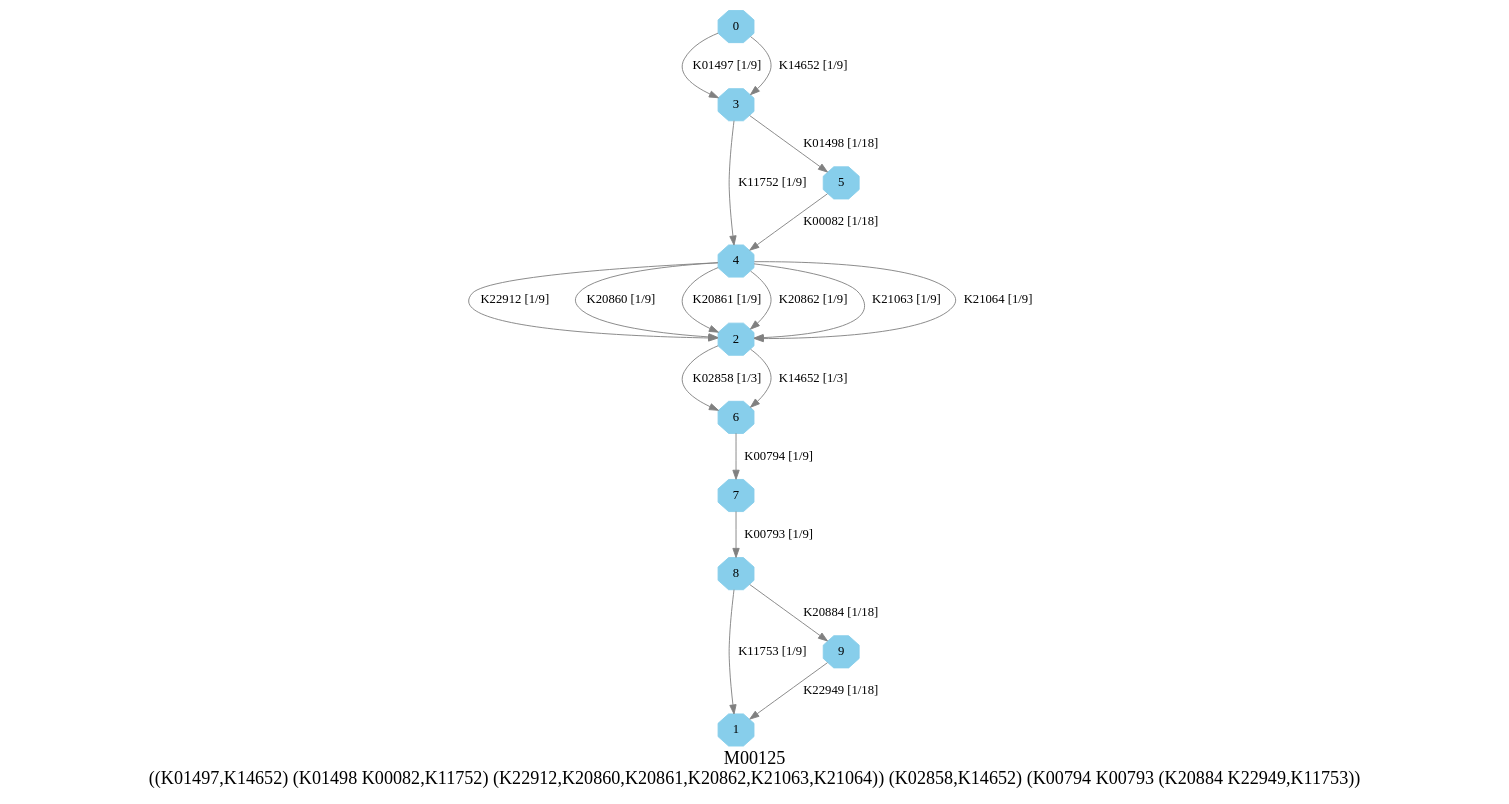
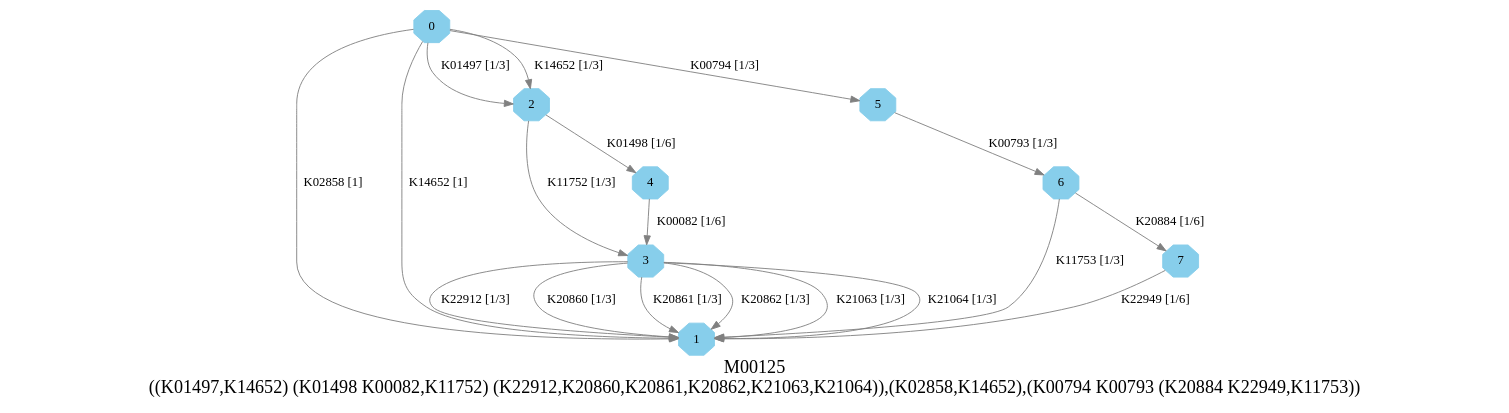
The diagram in graphs/dots/M00125.dot (EBI-Metagenomics/kegg-pathways-completeness-tool), drawn with Graphviz before and after one commit. The commit also changed 45 other files, not shown here.

```diff
--- a/graphs/dots/M00125.dot
+++ b/graphs/dots/M00125.dot
@@ -1,25 +1,25 @@
 digraph G {
 graph [label="M00125
-((K01497,K14652) (K01498 K00082,K11752) (K22912,K20860,K20861,K20862,K21063,K21064)) (K02858,K14652) (K00794 K00793 (K20884 K22949,K11753))",fontsize=20];
+((K01497,K14652) (K01498 K00082,K11752) (K22912,K20860,K20861,K20862,K21063,K21064)),(K02858,K14652),(K00794 K00793 (K20884 K22949,K11753))",fontsize=20];
 node [shape=box,style=filled];
 edge [len=3,color=grey];
-{node [width=.3,height=.3,shape=octagon,style=filled,color=skyblue] 0 1 2 3 4 5 6 7 8 9 }
-0 -> 3 [label="K01497 [1/9]"];
-0 -> 3 [label="K14652 [1/9]"];
-2 -> 6 [label="K02858 [1/3]"];
-2 -> 6 [label="K14652 [1/3]"];
-3 -> 5 [label="K01498 [1/18]"];
-3 -> 4 [label="K11752 [1/9]"];
-4 -> 2 [label="K22912 [1/9]"];
-4 -> 2 [label="K20860 [1/9]"];
-4 -> 2 [label="K20861 [1/9]"];
-4 -> 2 [label="K20862 [1/9]"];
-4 -> 2 [label="K21063 [1/9]"];
-4 -> 2 [label="K21064 [1/9]"];
-5 -> 4 [label="K00082 [1/18]"];
-6 -> 7 [label="K00794 [1/9]"];
-7 -> 8 [label="K00793 [1/9]"];
-8 -> 9 [label="K20884 [1/18]"];
-8 -> 1 [label="K11753 [1/9]"];
-9 -> 1 [label="K22949 [1/18]"];
+{node [width=.3,height=.3,shape=octagon,style=filled,color=skyblue] 0 1 2 3 4 5 6 7 }
+0 -> 2 [label="K01497 [1/3]"];
+0 -> 2 [label="K14652 [1/3]"];
+0 -> 1 [label="K02858 [1]"];
+0 -> 1 [label="K14652 [1]"];
+0 -> 5 [label="K00794 [1/3]"];
+2 -> 4 [label="K01498 [1/6]"];
+2 -> 3 [label="K11752 [1/3]"];
+3 -> 1 [label="K22912 [1/3]"];
+3 -> 1 [label="K20860 [1/3]"];
+3 -> 1 [label="K20861 [1/3]"];
+3 -> 1 [label="K20862 [1/3]"];
+3 -> 1 [label="K21063 [1/3]"];
+3 -> 1 [label="K21064 [1/3]"];
+4 -> 3 [label="K00082 [1/6]"];
+5 -> 6 [label="K00793 [1/3]"];
+6 -> 7 [label="K20884 [1/6]"];
+6 -> 1 [label="K11753 [1/3]"];
+7 -> 1 [label="K22949 [1/6]"];
 }
```
